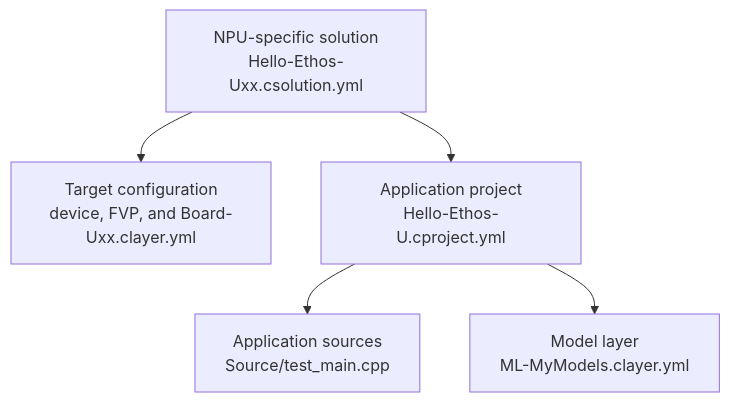
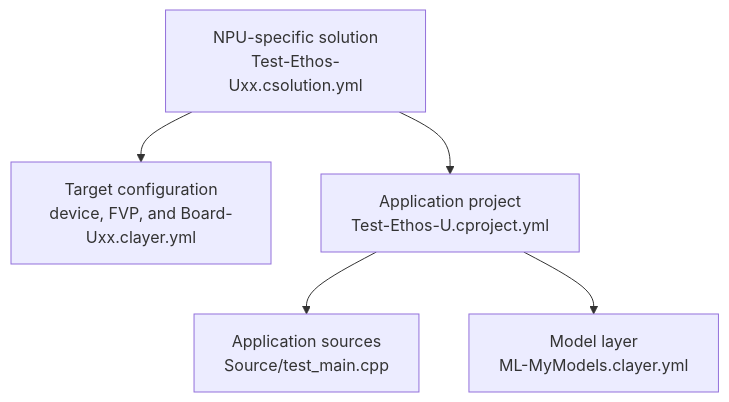
Before and after one commit to ARM-software/CMSIS-Ethos-U: the second of 3 diagrams in documentation/doxygen/integration/src/main.md, drawn with Mermaid. The commit also changed other lines of this file and 175 other files, not shown here.

````diff
--- a/documentation/doxygen/integration/src/main.md
+++ b/documentation/doxygen/integration/src/main.md
@@ -102,7 +137,7 @@
 ```mermaid
 flowchart TD
-    solution["NPU-specific solution<br/>Hello-Ethos-Uxx.csolution.yml"] --> target["Target configuration<br/>device, FVP, and Board-Uxx.clayer.yml"]
-    solution --> project["Application project<br/>Hello-Ethos-U.cproject.yml"]
+    solution["NPU-specific solution<br/>Test-Ethos-Uxx.csolution.yml"] --> target["Target configuration<br/>device, FVP, and Board-Uxx.clayer.yml"]
+    solution --> project["Application project<br/>Test-Ethos-U.cproject.yml"]
     project --> sources["Application sources<br/>Source/test_main.cpp"]
     project --> model["Model layer<br/>ML-MyModels.clayer.yml"]
 ```
````
